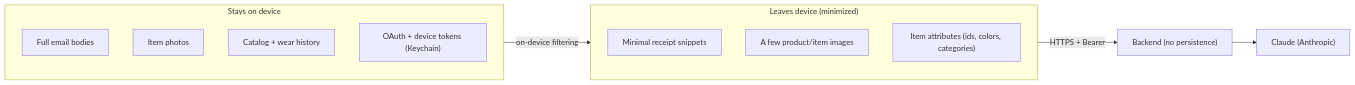
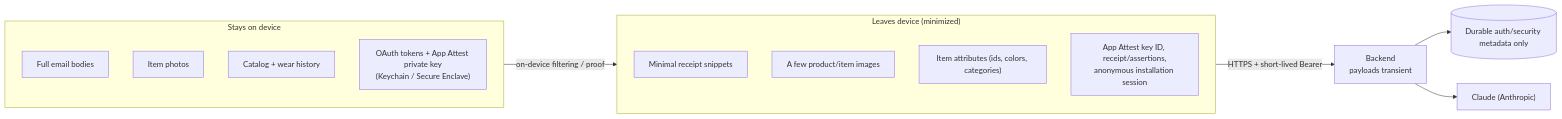
One commit to tzehon/wardrobe-stylist changed the second of 7 diagrams in docs/architecture.md. Above: the diagram before and after it, drawn with Mermaid. The commit also changed other lines of this file and 9 other files, not shown here.

Commit message:
docs: record App Attest release gates

````diff
--- a/docs/architecture.md
+++ b/docs/architecture.md
@@ -63,21 +71,23 @@
 ```mermaid
 flowchart LR
     subgraph OnDevice["Stays on device"]
         direction TB
         Mail["Full email bodies"]
         Imgs["Item photos"]
         Cat["Catalog + wear history"]
-        Tok["OAuth + device tokens (Keychain)"]
+        Tok["OAuth tokens + App Attest private key<br/>(Keychain / Secure Enclave)"]
     end
 
     subgraph Leaves["Leaves device (minimized)"]
         direction TB
         Snip["Minimal receipt snippets"]
         Few["A few product/item images"]
         Attrs["Item attributes (ids, colors, categories)"]
+        Auth["App Attest key ID, receipt/assertions,<br/>anonymous installation session"]
     end
 
-    OnDevice -->|on-device filtering| Leaves
-    Leaves -->|HTTPS + Bearer| Backend["Backend (no persistence)"]
+    OnDevice -->|on-device filtering / proof| Leaves
+    Leaves -->|HTTPS + short-lived Bearer| Backend["Backend<br/>payloads transient"]
+    Backend --> AuthStore[("Durable auth/security metadata only")]
     Backend --> LLM["Claude (Anthropic)"]
 ```
````
